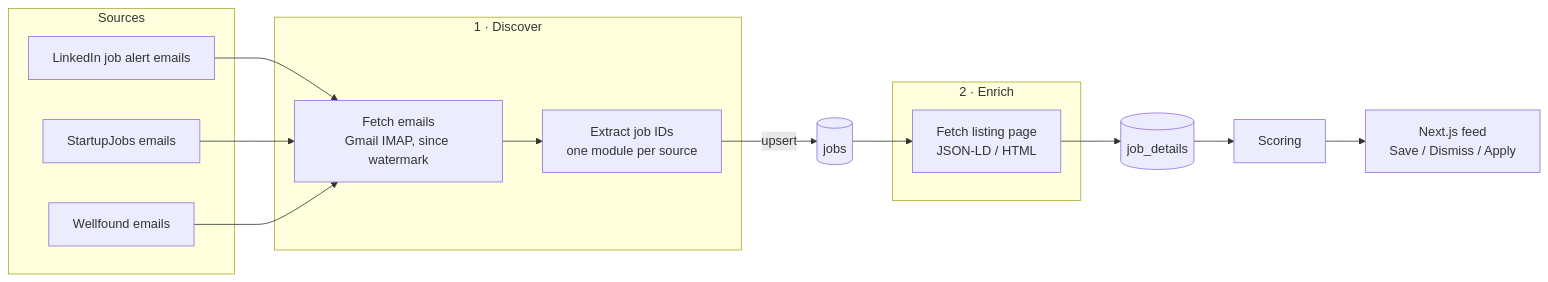
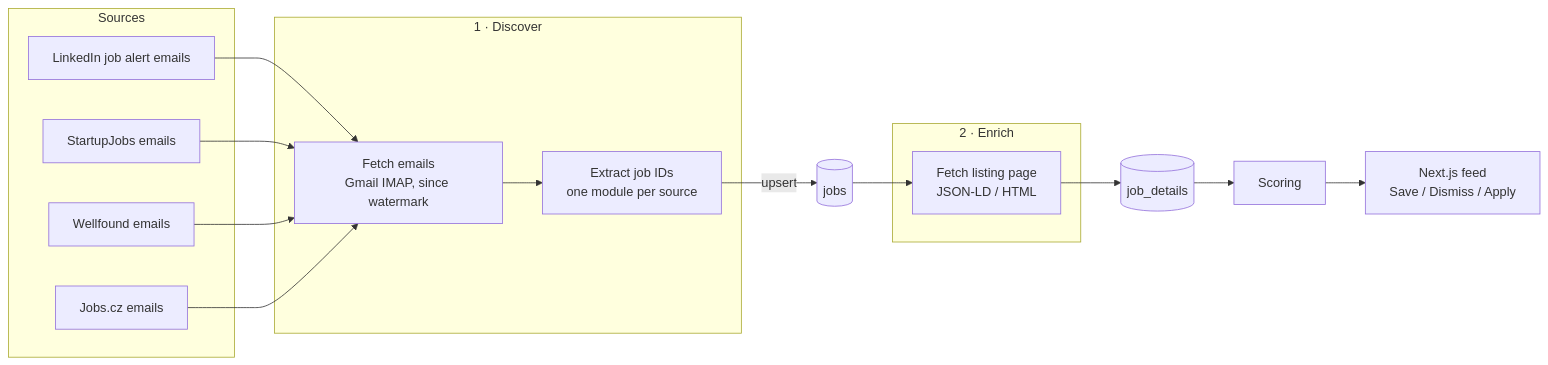
Before and after one commit to davidkopelent/job-hunter: the diagram in README.md, drawn with Mermaid. The commit also changed other lines of this file and 12 other files, not shown here.

````diff
--- a/README.md
+++ b/README.md
@@ -11,29 +11,31 @@
 ```mermaid
 flowchart LR
     subgraph Sources
         LI[LinkedIn job alert emails]
         SJ[StartupJobs emails]
         WF[Wellfound emails]
+        JC[Jobs.cz emails]
     end
 
     subgraph Discover [1 · Discover]
         F[Fetch emails<br/>Gmail IMAP, since watermark]
         P[Extract job IDs<br/>one module per source]
     end
 
     subgraph Enrich [2 · Enrich]
         E[Fetch listing page<br/>JSON-LD / HTML]
     end
 
     J[(jobs)]
     D[(job_details)]
     S[Scoring]
     UI[Next.js feed<br/>Save / Dismiss / Apply]
 
     LI --> F
     SJ --> F
     WF --> F
+    JC --> F
     F --> P -->|upsert| J
     J --> E --> D
     D --> S --> UI
 ```
````
